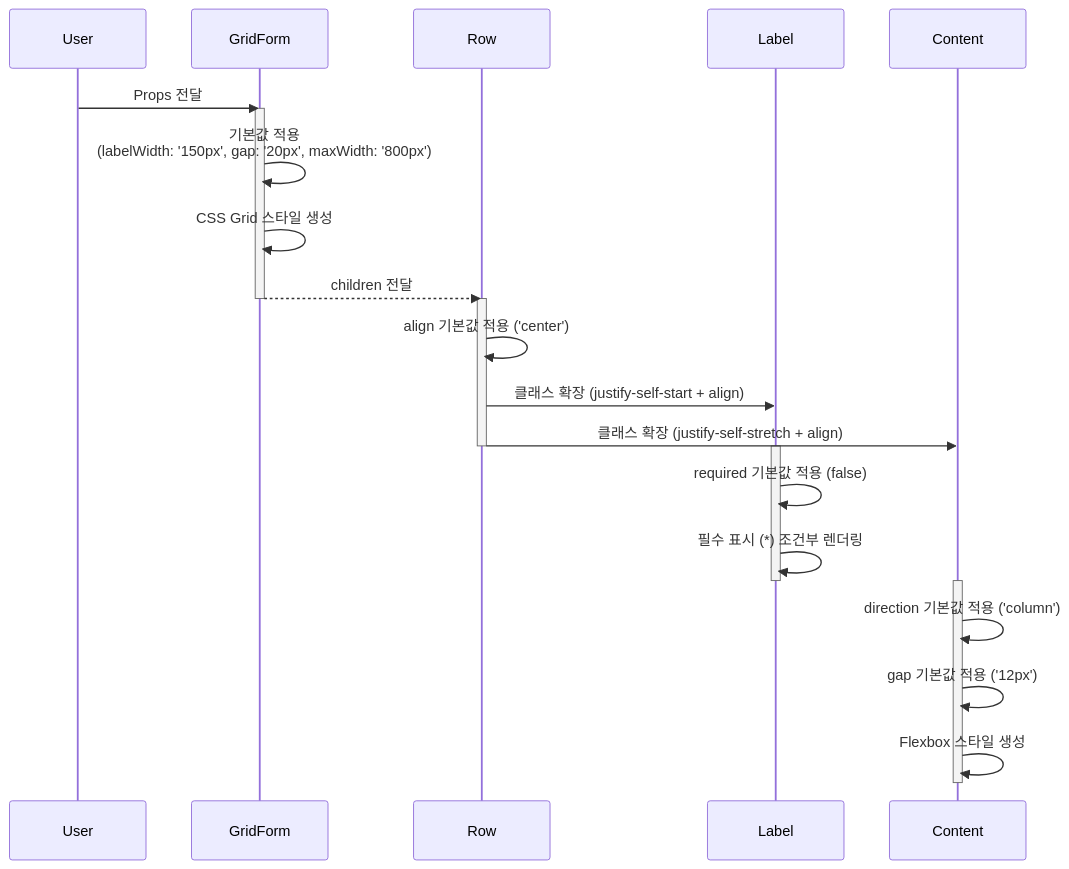
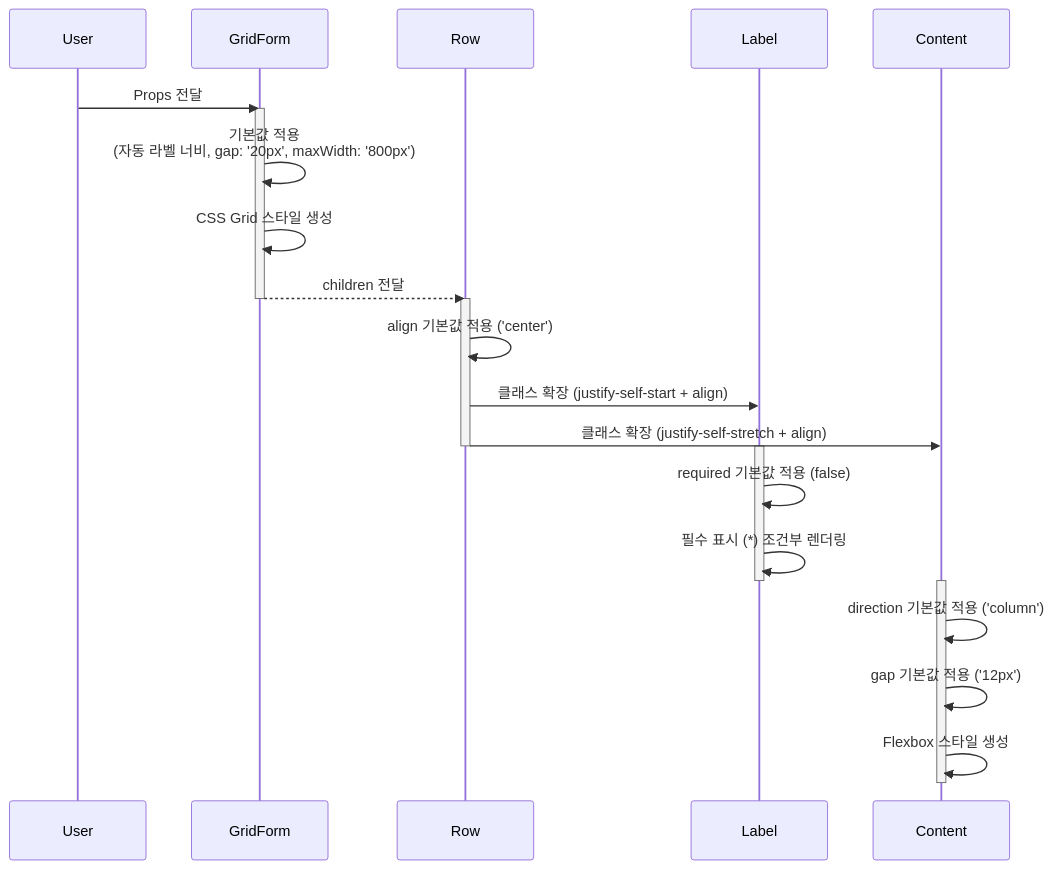
One commit to webcodur/next-temp changed the fifth of 5 diagrams in src/components/ui/ui-layout/grid-form/grid-form.dev.md. Above: the diagram before and after it, drawn with Mermaid. The commit also changed other lines of this file and 105 other files, not shown here.

````diff
--- a/src/components/ui/ui-layout/grid-form/grid-form.dev.md
+++ b/src/components/ui/ui-layout/grid-form/grid-form.dev.md
@@ -130,32 +130,32 @@
 ```mermaid
 sequenceDiagram
     participant User
     participant GridForm
     participant Row
     participant Label
     participant Content
     
     User->>GridForm: Props 전달
     activate GridForm
-    GridForm->>GridForm: 기본값 적용<br/>(labelWidth: '150px', gap: '20px', maxWidth: '800px')
+    GridForm->>GridForm: 기본값 적용<br/>(자동 라벨 너비, gap: '20px', maxWidth: '800px')
     GridForm->>GridForm: CSS Grid 스타일 생성
     GridForm-->>Row: children 전달
     deactivate GridForm
     
     activate Row
     Row->>Row: align 기본값 적용 ('center')
     Row->>Label: 클래스 확장 (justify-self-start + align)
     Row->>Content: 클래스 확장 (justify-self-stretch + align)
     deactivate Row
     
     activate Label
     Label->>Label: required 기본값 적용 (false)
     Label->>Label: 필수 표시 (*) 조건부 렌더링
     deactivate Label
     
     activate Content
     Content->>Content: direction 기본값 적용 ('column')
     Content->>Content: gap 기본값 적용 ('12px')
     Content->>Content: Flexbox 스타일 생성
     deactivate Content
 ```
````
